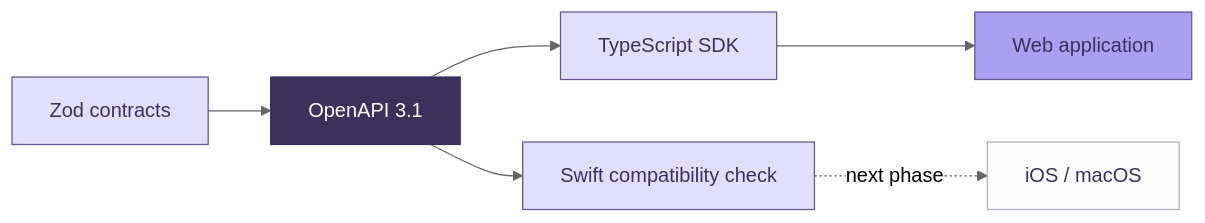
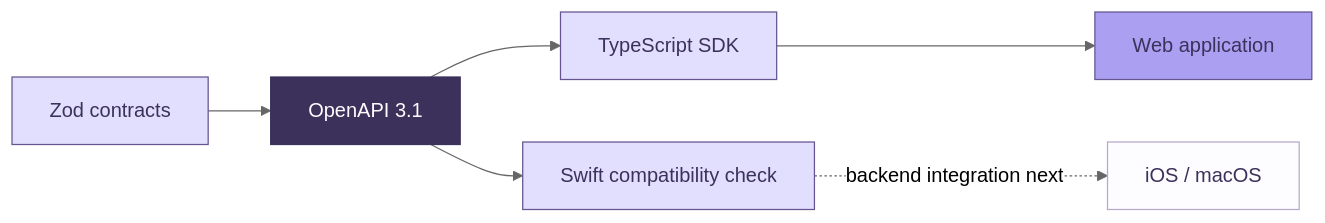
Before and after one commit to Hqzdev/ielts-prep: the second of 2 diagrams in README.md, drawn with Mermaid (neutral theme). The commit also changed other lines of this file and 1 other file, not shown here.

````diff
--- a/README.md
+++ b/README.md
@@ -136,14 +141,14 @@
 ```mermaid
 flowchart LR
     C[Zod contracts] --> O[OpenAPI 3.1]
     O --> T[TypeScript SDK]
     O --> S[Swift compatibility check]
     T --> W[Web application]
-    S -. next phase .-> N[iOS / macOS]
+    S -. backend integration next .-> N[iOS / macOS]
     style C fill:#e2dffe,stroke:#65548e,color:#3c315b
     style O fill:#3c315b,stroke:#3c315b,color:#fdfcfe
     style T fill:#e2dffe,stroke:#65548e,color:#3c315b
     style S fill:#e2dffe,stroke:#65548e,color:#3c315b
     style W fill:#ab9ff2,stroke:#65548e,color:#3c315b
     style N fill:#fdfcfe,stroke:#b5a9c9,color:#3c315b
 ```
````
